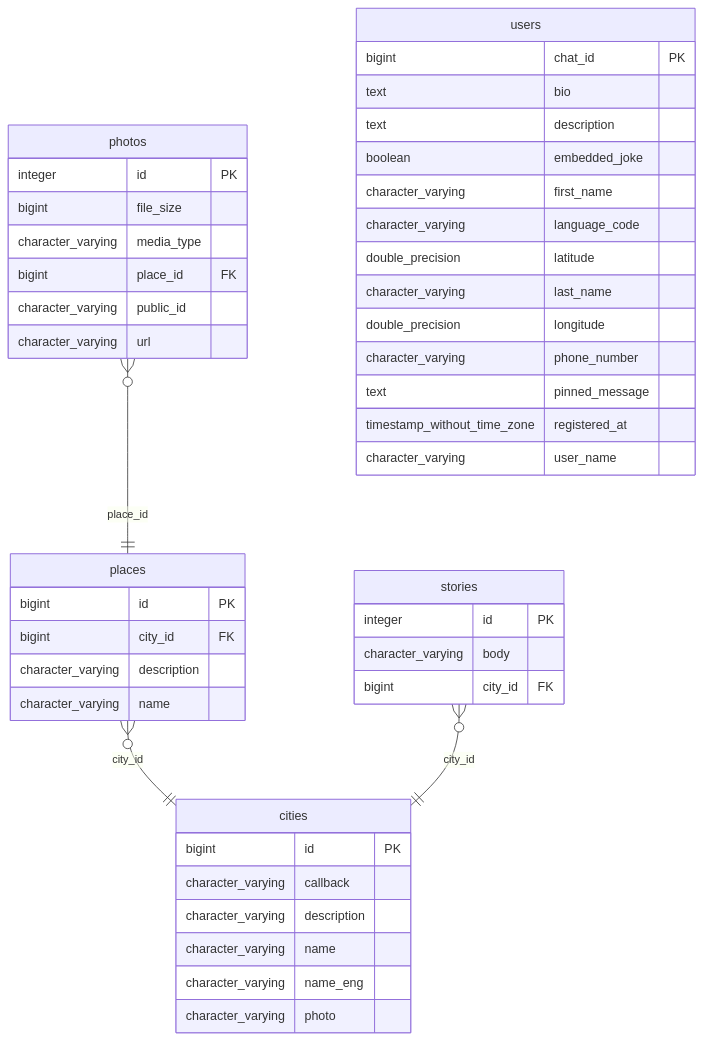
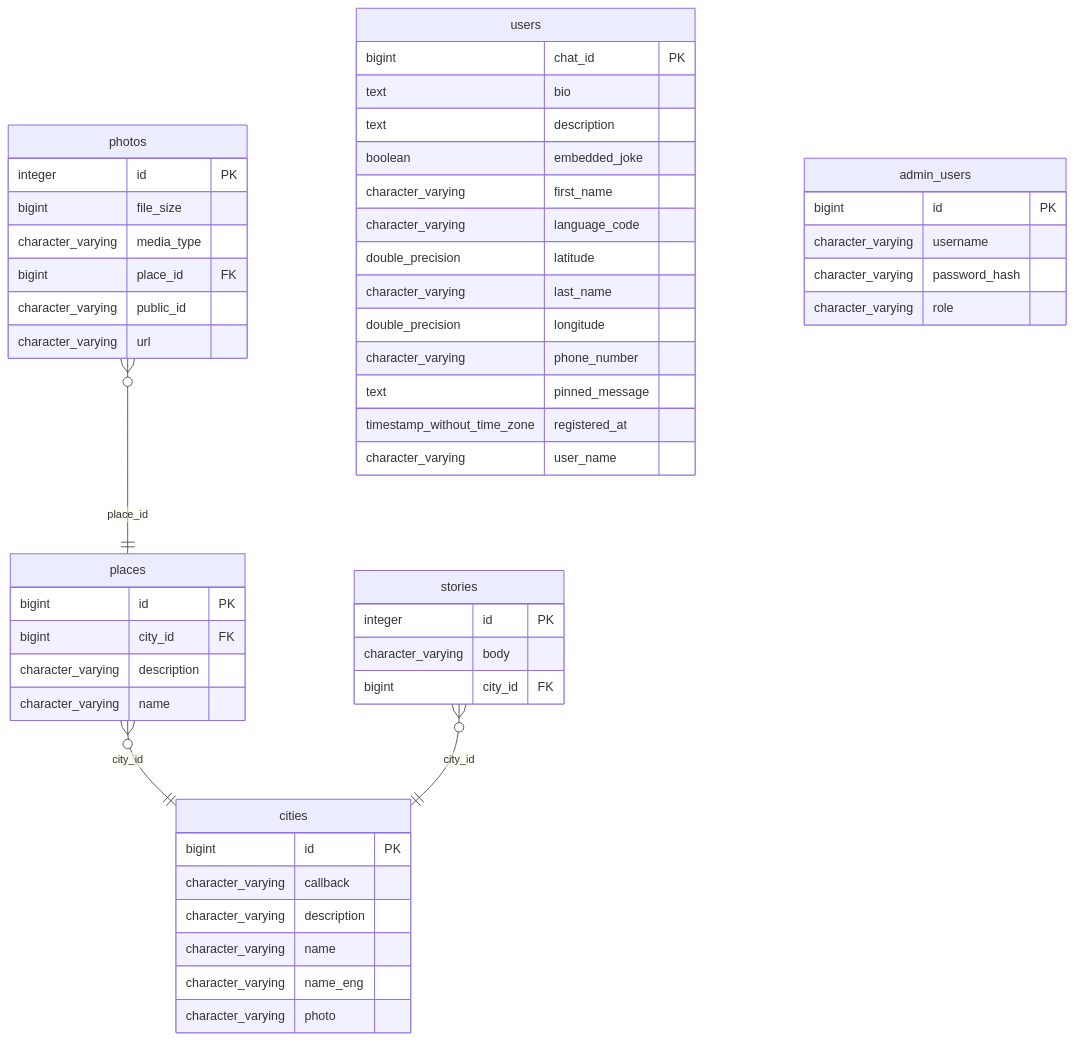
The diagram in README.md (gusainovt/townguide-bot), drawn with Mermaid before and after one commit. The commit also changed 22 other files, not shown here.

````diff
--- a/README.md
+++ b/README.md
@@ -15,53 +15,60 @@
 ```mermaid
 erDiagram
 	cities {
 	    bigint id PK
 	    character_varying callback
 	    character_varying description
 	    character_varying name
 	    character_varying name_eng
 	    character_varying photo
 	}
 	
 	photos {
 	    integer id PK
 	    bigint file_size
 	    character_varying media_type
 	    bigint place_id FK
 	    character_varying public_id
 	    character_varying url
 	}
 	
 	places {
 	    bigint id PK
 	    bigint city_id FK
 	    character_varying description
 	    character_varying name
 	}
 	
 	stories {
 	    integer id PK
 	    character_varying body
 	    bigint city_id FK
 	}
 	
 	users {
 	    bigint chat_id PK
 	    text bio
 	    text description
 	    boolean embedded_joke
 	    character_varying first_name
 	    character_varying language_code
 	    double_precision latitude
 	    character_varying last_name
 	    double_precision longitude
 	    character_varying phone_number
 	    text pinned_message
 	    timestamp_without_time_zone registered_at
 	    character_varying user_name
 	}
 	
+	 admin_users {
+        bigint id PK
+        character_varying username
+        character_varying password_hash
+        character_varying role
+    }
+	
 	places }o--|| cities : "city_id"
 	stories }o--|| cities : "city_id"
 	photos }o--|| places : "place_id"
 ```
````
